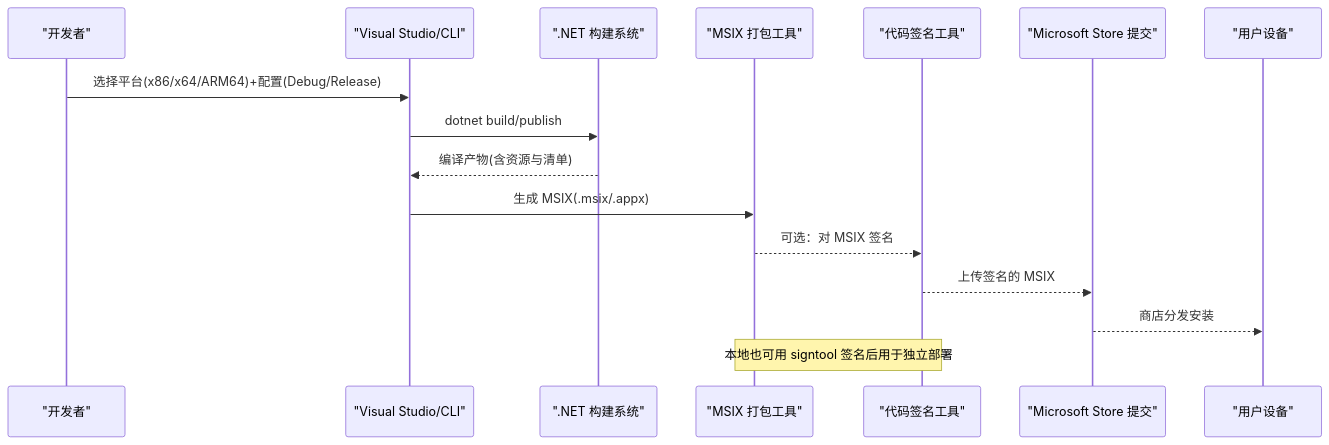
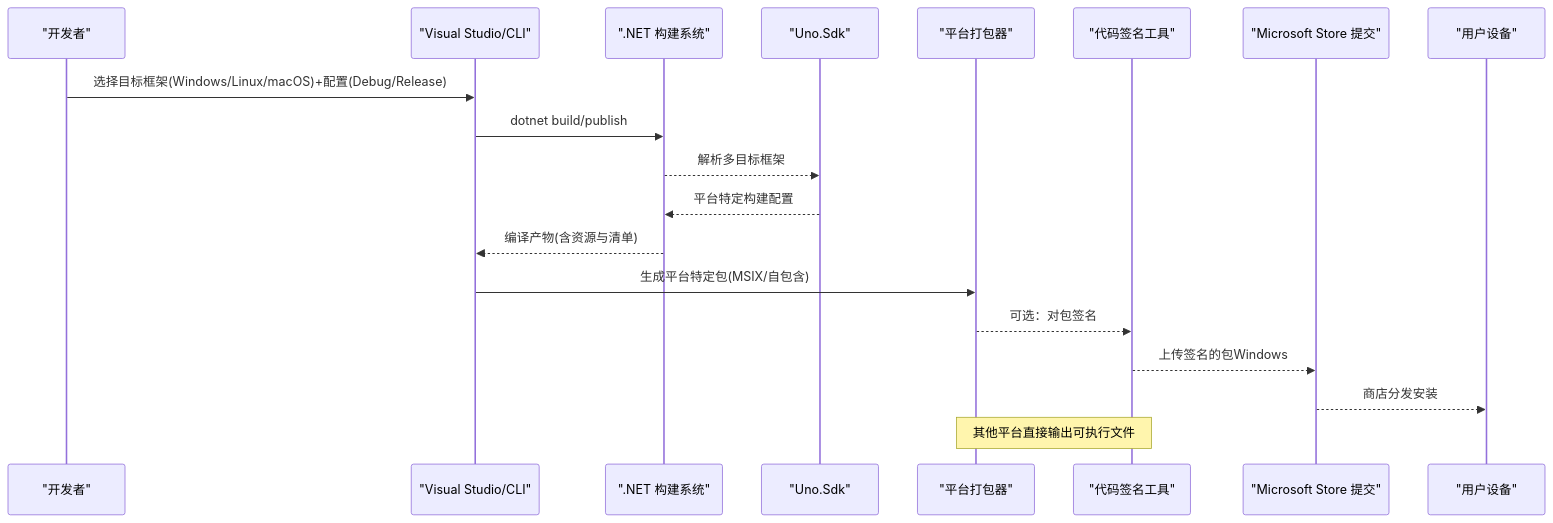
The second of 7 diagrams in .qoder/repowiki/zh/content/开发指南/部署发布.md (AgenticDesktop/App), drawn with Mermaid before and after one commit. The commit also changed other lines of this file and 108 other files, not shown here.

First line of the commit message:
Add support for Uno Desktop and WinUI 3 build scripts

````diff
--- a/.qoder/repowiki/zh/content/开发指南/部署发布.md
+++ b/.qoder/repowiki/zh/content/开发指南/部署发布.md
@@ -89,18 +102,21 @@
 ```mermaid
 sequenceDiagram
 participant Dev as "开发者"
 participant VS as "Visual Studio/CLI"
 participant Build as ".NET 构建系统"
-participant Pack as "MSIX 打包工具"
+participant Uno as "Uno.Sdk"
+participant Pack as "平台打包器"
 participant Sign as "代码签名工具"
 participant Store as "Microsoft Store 提交"
 participant User as "用户设备"
-Dev->>VS : 选择平台(x86/x64/ARM64)+配置(Debug/Release)
+Dev->>VS : 选择目标框架(Windows/Linux/macOS)+配置(Debug/Release)
 VS->>Build : dotnet build/publish
+Build-->>Uno : 解析多目标框架
+Uno-->>Build : 平台特定构建配置
 Build-->>VS : 编译产物(含资源与清单)
-VS->>Pack : 生成 MSIX(.msix/.appx)
-Pack-->>Sign : 可选：对 MSIX 签名
-Sign-->>Store : 上传签名的 MSIX
+VS->>Pack : 生成平台特定包(MSIX/自包含)
+Pack-->>Sign : 可选：对包签名
+Sign-->>Store : 上传签名的包Windows
 Store-->>User : 商店分发安装
-Note over Pack,Sign : 本地也可用 signtool 签名后用于独立部署
+Note over Pack,Sign : 其他平台直接输出可执行文件
 ```
````
